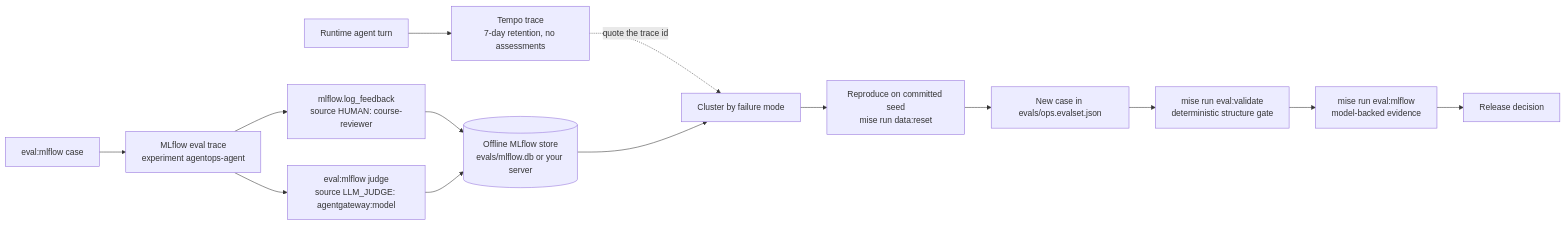
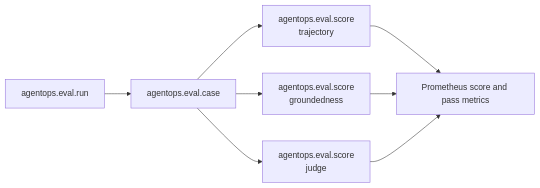
One commit to LuiGGi629/agentops-open-course changed the diagram in content/7. Observability/7.4. Feedback.md. Above: the diagram before and after it, drawn with Mermaid. The commit also changed other lines of this file and 87 other files, not shown here.

````diff
--- a/content/7. Observability/7.4. Feedback.md
+++ b/content/7. Observability/7.4. Feedback.md
@@ -178,16 +43,10 @@
 ```mermaid
 flowchart LR
-  turn["Runtime agent turn"] --> tempo["Tempo trace<br/>7-day retention, no assessments"]
-  tempo -. "quote the trace id" .-> cluster
-  evalcase["eval:mlflow case"] --> trace["MLflow eval trace<br/>experiment agentops-agent"]
-  trace --> human["mlflow.log_feedback<br/>source HUMAN: course-reviewer"]
-  trace --> judge["eval:mlflow judge<br/>source LLM_JUDGE: agentgateway:model"]
-  human --> store[("Offline MLflow store<br/>evals/mlflow.db or your server")]
-  judge --> store
-  store --> cluster["Cluster by failure mode"]
-  cluster --> repro["Reproduce on committed seed<br/>mise run data:reset"]
-  repro --> case["New case in evals/ops.evalset.json"]
-  case --> gate["mise run eval:validate<br/>deterministic structure gate"]
-  gate --> evidence["mise run eval:mlflow<br/>model-backed evidence"]
-  evidence --> release["Release decision"]
+    R["agentops.eval.run"] --> C["agentops.eval.case"]
+    C --> S1["agentops.eval.score<br/>trajectory"]
+    C --> S2["agentops.eval.score<br/>groundedness"]
+    C --> S3["agentops.eval.score<br/>judge"]
+    S1 --> M["Prometheus score and pass metrics"]
+    S2 --> M
+    S3 --> M
 ```
````
